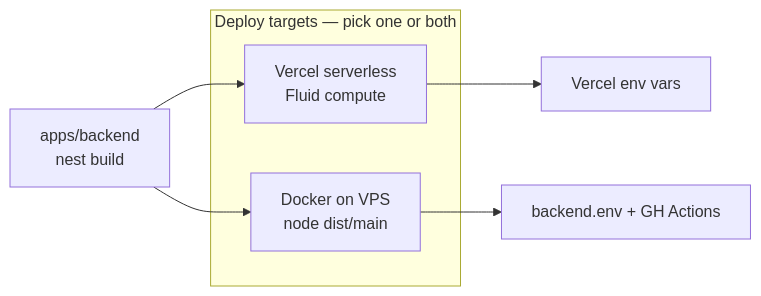
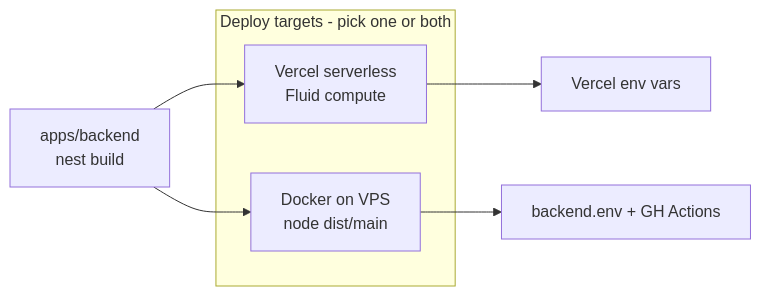
One commit to hemants1703/AmbitiousYou changed the diagram in apps/backend/README.md. Above: the diagram before and after it, drawn with Mermaid. The commit also changed other lines of this file and 33 other files, not shown here.

````diff
--- a/apps/backend/README.md
+++ b/apps/backend/README.md
@@ -64,14 +64,14 @@
 ```mermaid
 flowchart LR
-    subgraph targets [Deploy targets — pick one or both]
+    subgraph targets [Deploy targets - pick one or both]
         V["Vercel serverless<br/>Fluid compute"]
         D["Docker on VPS<br/>node dist/main"]
     end
 
     SRC["apps/backend<br/>nest build"]
     SRC --> V
     SRC --> D
 
     V --> ENV_V["Vercel env vars"]
     D --> ENV_D["backend.env + GH Actions"]
 ```
````
